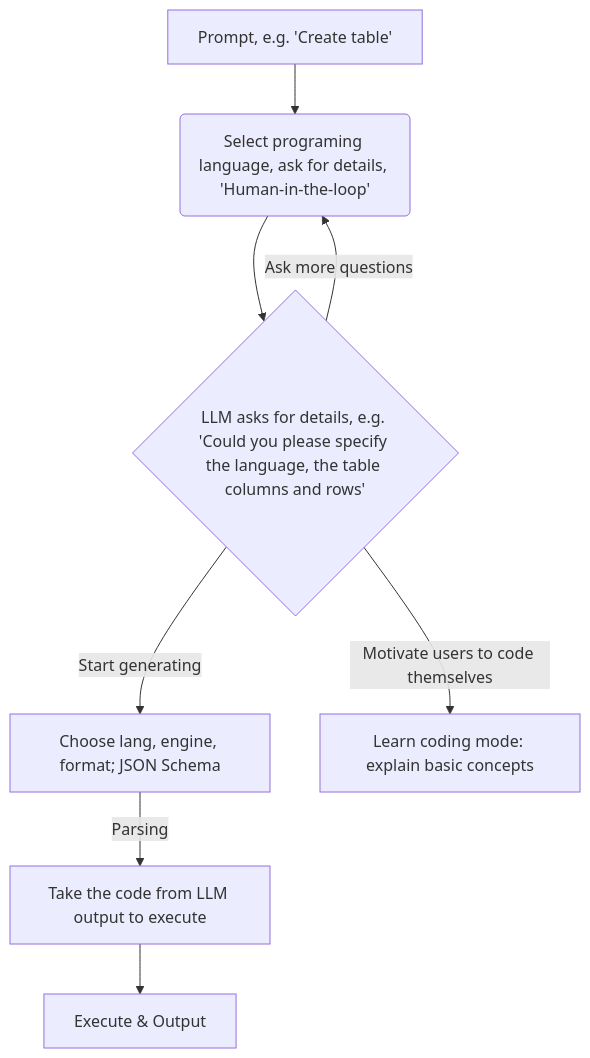
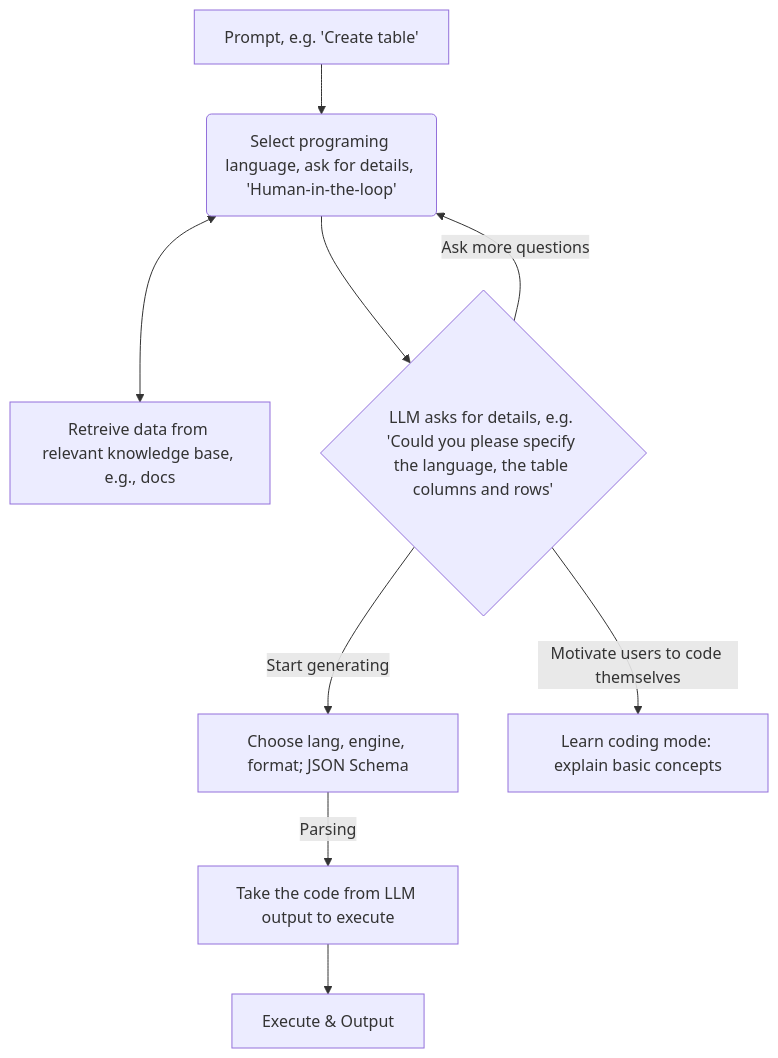
One commit to vifirsanova/coding-assitant changed the diagram in README.md. Above: the diagram before and after it, drawn with Mermaid.

````diff
--- a/README.md
+++ b/README.md
@@ -3,10 +3,11 @@
 ```mermaid
 flowchart TD
     A[Prompt, e.g. 'Create table'] -->B(Select programing language, ask for details, 'Human-in-the-loop')
+    B <--> I[Retreive data from relevant knowledge base, e.g., docs]
     B --> C{LLM asks for details, e.g. 'Could you please specify the language, the table columns and rows'}
     C -->|Ask more questions|B
     C -->|Start generating| E[Choose lang, engine, format; JSON Schema]
     C -->|Motivate users to code themselves| F[Learn coding mode: explain basic concepts]
     E -->|Parsing|G[Take the code from LLM output to execute]
     G --> H[Execute & Output]
 ```
````
